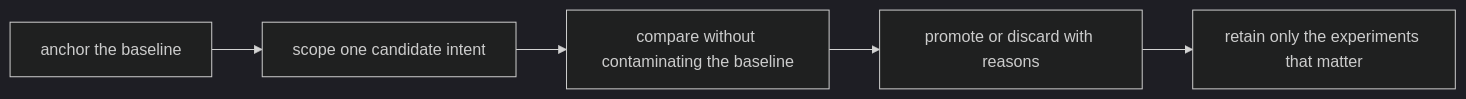
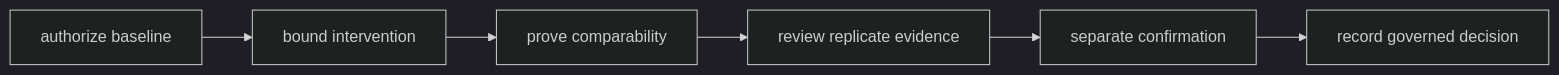
Before and after one commit to bijux/bijux-masterclass: the second of 2 diagrams in programs/reproducible-research/deep-dive-dvc/course-book/module-06-experiments-baselines-controlled-change/exercises.md, drawn with Mermaid (dark theme). The commit also changed other lines of this file, not shown here.

````diff
--- a/programs/reproducible-research/deep-dive-dvc/course-book/module-06-experiments-baselines-controlled-change/exercises.md
+++ b/programs/reproducible-research/deep-dive-dvc/course-book/module-06-experiments-baselines-controlled-change/exercises.md
@@ -19,7 +18,8 @@
 ```mermaid
 flowchart LR
-  baseline["anchor the baseline"] --> scope["scope one candidate intent"]
-  scope --> compare["compare without contaminating the baseline"]
-  compare --> decide["promote or discard with reasons"]
-  decide --> retain["retain only the experiments that matter"]
+  baseline["authorize baseline"] --> scope["bound intervention"]
+  scope --> compare["prove comparability"]
+  compare --> repeat["review replicate evidence"]
+  repeat --> confirm["separate confirmation"]
+  confirm --> promote["record governed decision"]
 ```
````
